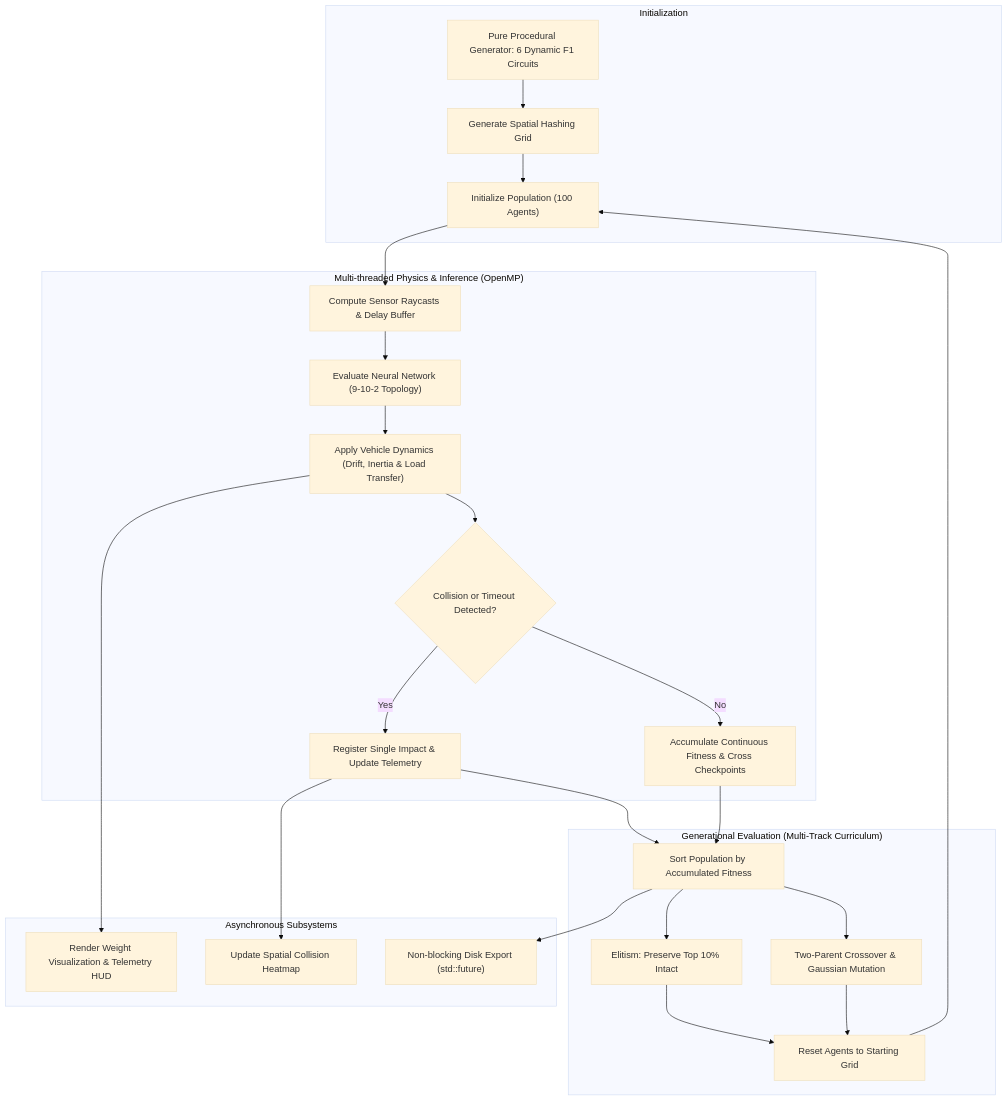
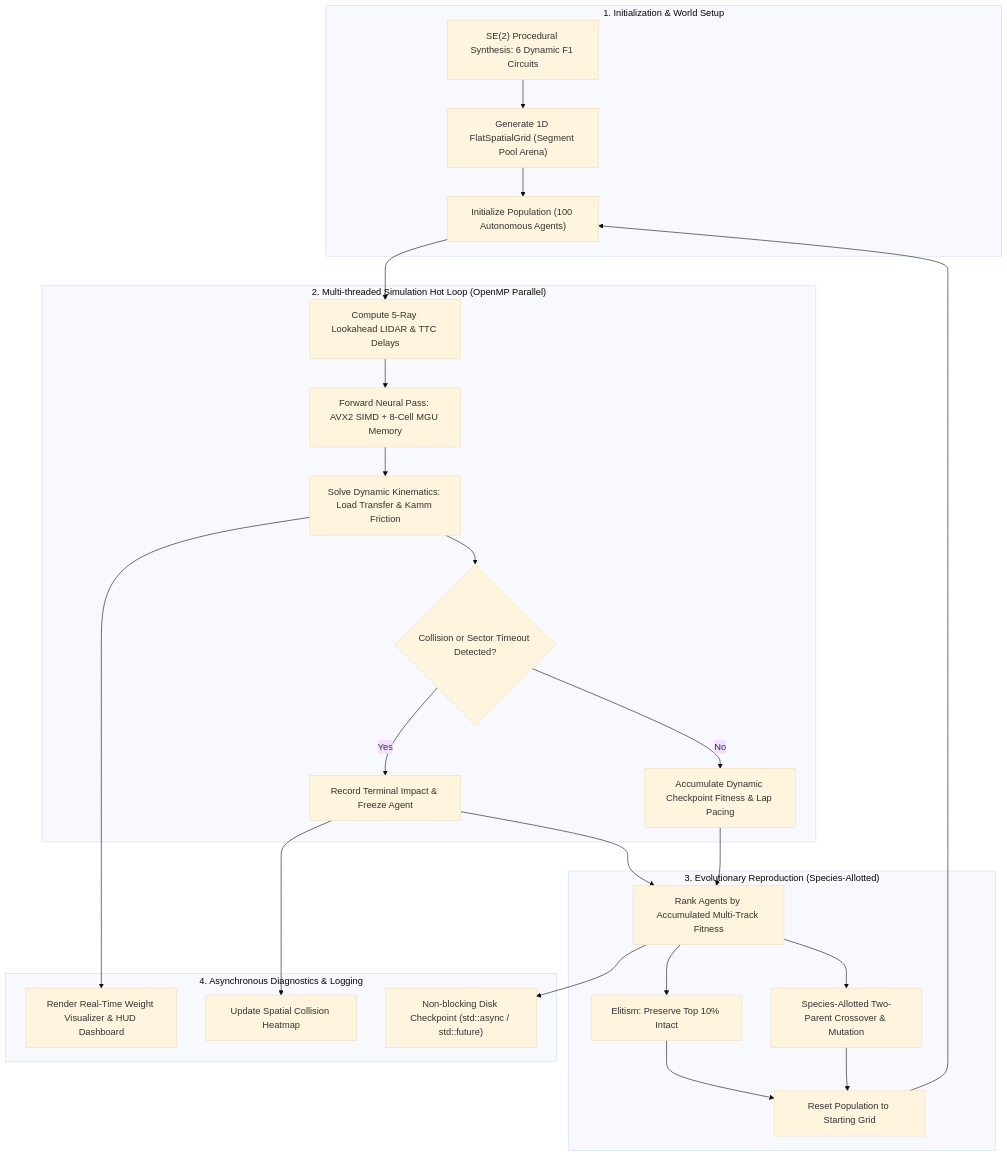
Before and after one commit to jorgebd21/NeuralRacer-CPP: the first of 2 diagrams in README.md, drawn with Mermaid (base theme). The commit also changed other lines of this file and 1 other file, not shown here.

Commit message:
style(docs): elevate README with premium hero banner, interactive navigation, and architectural diagrams

````diff
--- a/README.md
+++ b/README.md
@@ -57,32 +144,32 @@
 ```mermaid
 flowchart TD
-    subgraph Initialization ["Initialization"]
-        A["Pure Procedural Generator: 6 Dynamic F1 Circuits"] --> B["Generate Spatial Hashing Grid"]
-        B --> C["Initialize Population (100 Agents)"]
+    subgraph Initialization ["1. Initialization & World Setup"]
+        A["SE(2) Procedural Synthesis: 6 Dynamic F1 Circuits"] --> B["Generate 1D FlatSpatialGrid (Segment Pool Arena)"]
+        B --> C["Initialize Population (100 Autonomous Agents)"]
     end
 
-    subgraph ParallelLoop ["Multi-threaded Physics & Inference (OpenMP)"]
-        C --> D["Compute Sensor Raycasts & Delay Buffer"]
-        D --> E["Evaluate Neural Network (9-10-2 Topology)"]
-        E --> F["Apply Vehicle Dynamics (Drift, Inertia & Load Transfer)"]
-        F --> G{"Collision or Timeout Detected?"}
-        G -- Yes --> H["Register Single Impact & Update Telemetry"]
-        G -- No --> I["Accumulate Continuous Fitness & Cross Checkpoints"]
+    subgraph ParallelLoop ["2. Multi-threaded Simulation Hot Loop (OpenMP Parallel)"]
+        C --> D["Compute 5-Ray Lookahead LIDAR & TTC Delays"]
+        D --> E["Forward Neural Pass: AVX2 SIMD + 8-Cell MGU Memory"]
+        E --> F["Solve Dynamic Kinematics: Load Transfer & Kamm Friction"]
+        F --> G{"Collision or Sector Timeout Detected?"}
+        G -- Yes --> H["Record Terminal Impact & Freeze Agent"]
+        G -- No --> I["Accumulate Dynamic Checkpoint Fitness & Lap Pacing"]
     end
 
-    subgraph EvolutionaryPipeline ["Generational Evaluation (Multi-Track Curriculum)"]
-        H --> J["Sort Population by Accumulated Fitness"]
+    subgraph EvolutionaryPipeline ["3. Evolutionary Reproduction (Species-Allotted)"]
+        H --> J["Rank Agents by Accumulated Multi-Track Fitness"]
         I --> J
         J --> K["Elitism: Preserve Top 10% Intact"]
-        J --> L["Two-Parent Crossover & Gaussian Mutation"]
-        K --> M["Reset Agents to Starting Grid"]
+        J --> L["Species-Allotted Two-Parent Crossover & Mutation"]
+        K --> M["Reset Population to Starting Grid"]
         L --> M
         M --> C
     end
 
-    subgraph AsyncSubsystems ["Asynchronous Subsystems"]
-        F --> N["Render Weight Visualization & Telemetry HUD"]
+    subgraph AsyncSubsystems ["4. Asynchronous Diagnostics & Logging"]
+        F --> N["Render Real-Time Weight Visualizer & HUD Dashboard"]
         H --> O["Update Spatial Collision Heatmap"]
-        J --> P["Non-blocking Disk Export (std::future)"]
+        J --> P["Non-blocking Disk Checkpoint (std::async / std::future)"]
     end
 ```
````
